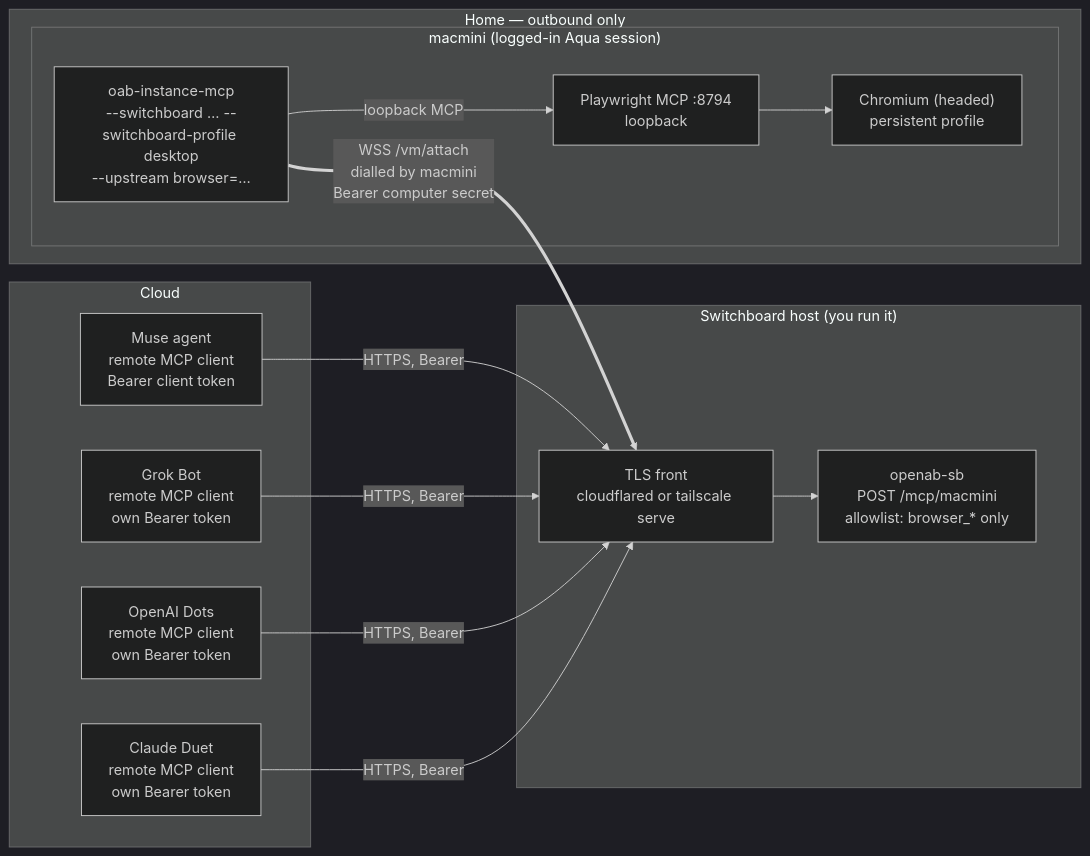
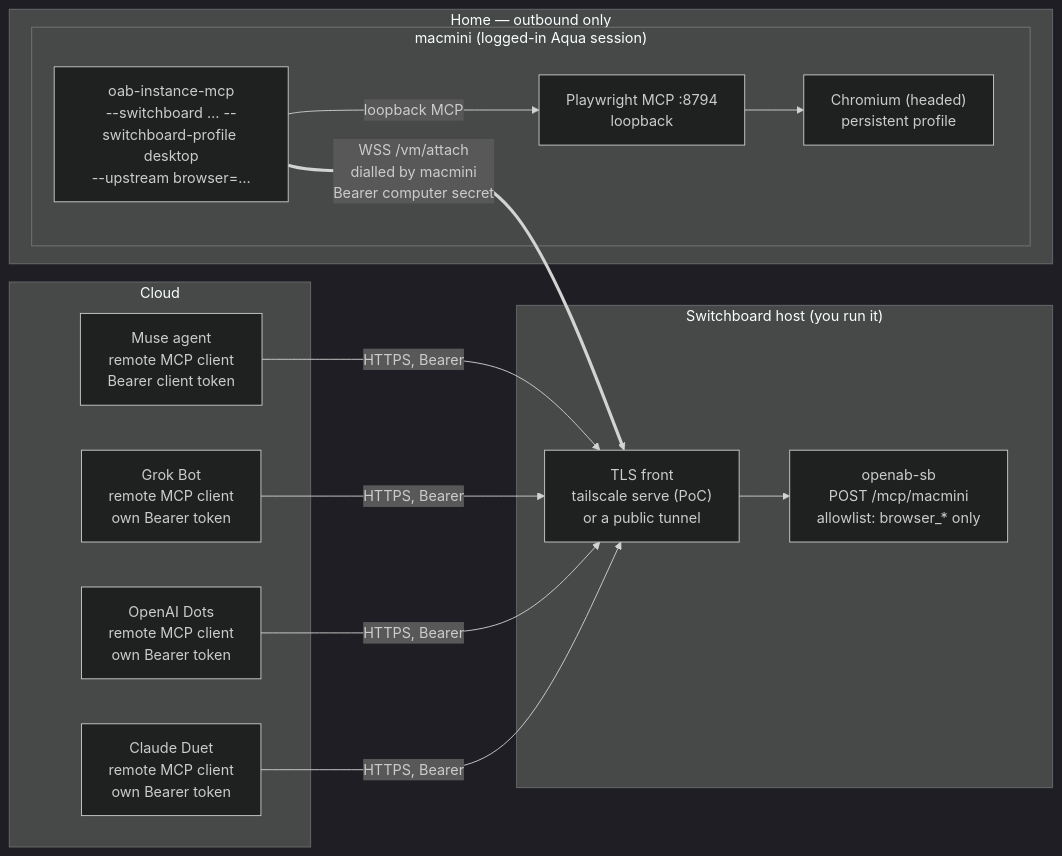
Before and after one commit to chaodu-agent/openab-sb: the diagram in docs/reference-architecture-muse-home-browser.md, drawn with Mermaid (dark theme). The commit also changed other lines of this file, not shown here.

Commit message:
docs: make tailscale serve the PoC front, cloudflared the alternative

````diff
--- a/docs/reference-architecture-muse-home-browser.md
+++ b/docs/reference-architecture-muse-home-browser.md
@@ -62,30 +62,30 @@
 ```mermaid
 flowchart LR
     subgraph cloud["Cloud"]
         muse["Muse agent<br/>remote MCP client<br/>Bearer client token"]
         grok["Grok Bot<br/>remote MCP client<br/>own Bearer token"]
         dots["OpenAI Dots<br/>remote MCP client<br/>own Bearer token"]
         duet["Claude Duet<br/>remote MCP client<br/>own Bearer token"]
     end
 
     subgraph edge["Switchboard host (you run it)"]
-        front["TLS front<br/>cloudflared or tailscale serve"]
+        front["TLS front<br/>tailscale serve (PoC)<br/>or a public tunnel"]
         sb["openab-sb<br/>POST /mcp/macmini<br/>allowlist: browser_* only"]
         front --> sb
     end
 
     subgraph home["Home — outbound only"]
         subgraph mac["macmini (logged-in Aqua session)"]
             imcp["oab-instance-mcp<br/>--switchboard … --switchboard-profile desktop<br/>--upstream browser=…"]
             pw["Playwright MCP :8794<br/>loopback"]
             chromium["Chromium (headed)<br/>persistent profile"]
             imcp -- "loopback MCP" --> pw --> chromium
         end
     end
 
     muse -- "HTTPS, Bearer" --> front
     grok -- "HTTPS, Bearer" --> front
     dots -- "HTTPS, Bearer" --> front
     duet -- "HTTPS, Bearer" --> front
     imcp == "WSS /vm/attach<br/>dialled by macmini<br/>Bearer computer secret" ==> front
 ```
````
